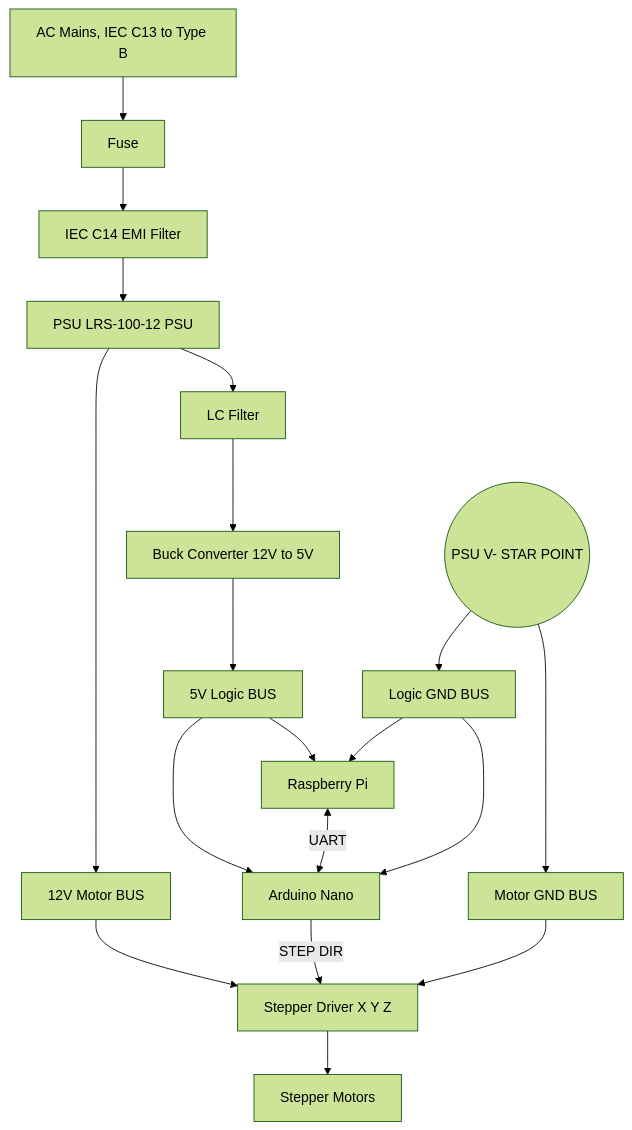
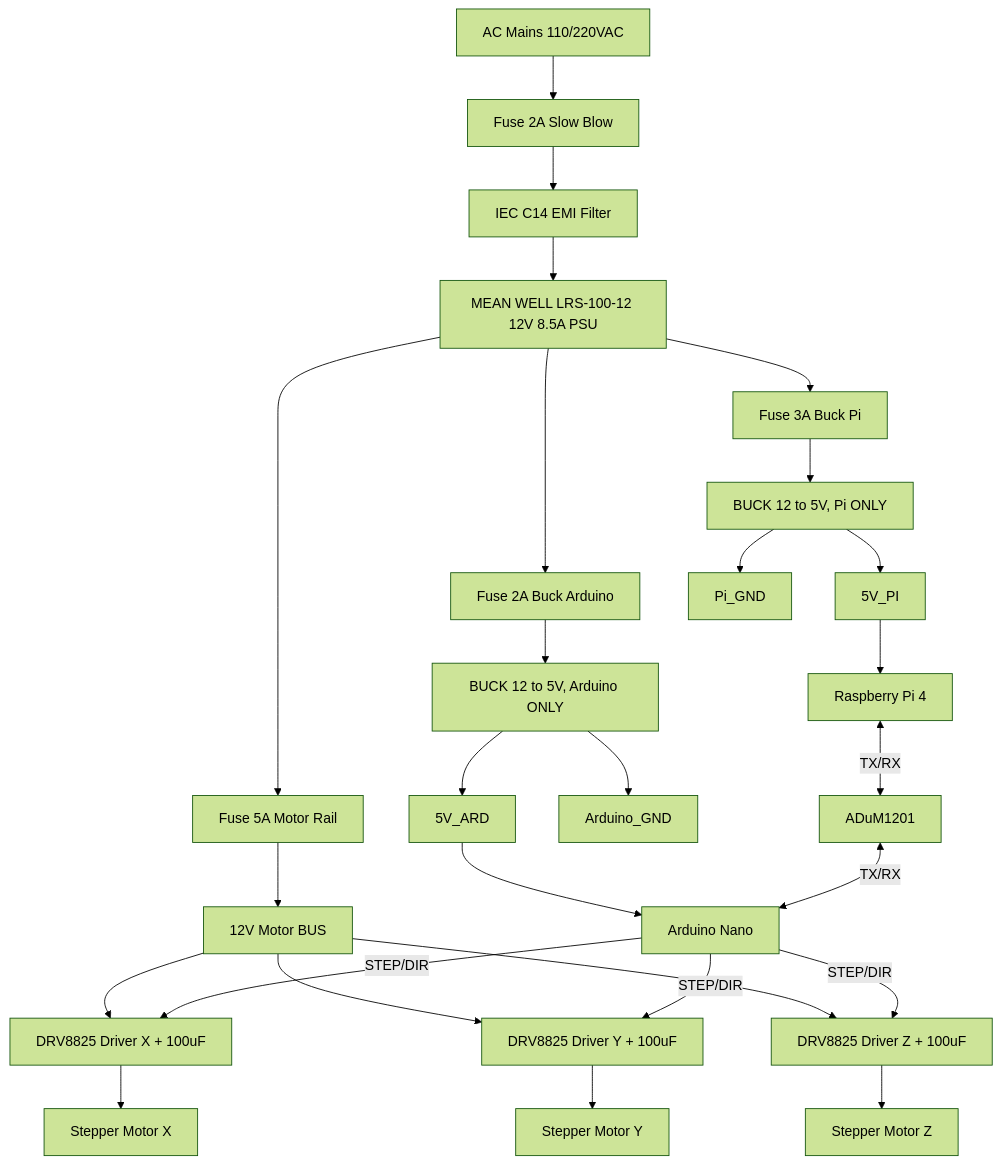
Before and after one commit to AlvinOctaH/automated-incubator-microscope: the diagram in README.md, drawn with Mermaid (forest theme).

````diff
--- a/README.md
+++ b/README.md
@@ -181,31 +181,46 @@
 ```mermaid
 flowchart TD
 
-A[AC Mains, IEC C13 to Type B] --> B[Fuse]
+%% ================= AC FRONT END =================
+A[AC Mains 110/220VAC] --> B[Fuse 2A Slow Blow]
 B --> C[IEC C14 EMI Filter]
-C --> D[PSU LRS-100-12 PSU]
+C --> D[MEAN WELL LRS-100-12 12V 8.5A PSU]
 
-D --> E1[12V Motor BUS]
-D --> E2[LC Filter]
-E2 --> E3[Buck Converter 12V to 5V]
+%% ================= 12V PRIMARY BUS =================
+D --> FS1[Fuse 5A Motor Rail]
+D --> FS2[Fuse 3A Buck Pi]
+D --> FS3[Fuse 2A Buck Arduino]
 
-E1 --> F1[Stepper Driver X Y Z]
-F1 --> M1[Stepper Motors]
+%% ================= MOTOR DOMAIN =================
+FS1 --> M12V[12V Motor BUS]
+M12V --> SD1[DRV8825 Driver X + 100uF]
+M12V --> SD2[DRV8825 Driver Y + 100uF]
+M12V --> SD3[DRV8825 Driver Z + 100uF]
 
-E3 --> F2[5V Logic BUS]
-F2 --> G1[Raspberry Pi]
-F2 --> G2[Arduino Nano]
+SD1 --> SM1[Stepper Motor X]
+SD2 --> SM2[Stepper Motor Y]
+SD3 --> SM3[Stepper Motor Z]
 
-G1 <-->|UART| G2
-G2 -->|STEP DIR| F1
+%% ================= PI DOMAIN =================
+FS2 --> BP[BUCK 12 to 5V, Pi ONLY]
+BP --> PI5V[5V_PI]
+BP --> PIG[Pi_GND]
 
-%% STAR GROUND IMPLEMENTATION
-SG((PSU V- STAR POINT))
+PI5V --> G1[Raspberry Pi 4]
 
-SG --> MGND[Motor GND BUS]
-SG --> LGND[Logic GND BUS]
+%% ================= ARDUINO DOMAIN =================
+FS3 --> BA[BUCK 12 to 5V, Arduino ONLY]
+BA --> AR5V[5V_ARD]
+BA --> ARG[Arduino_GND]
 
-MGND --> F1
-LGND --> G1
-LGND --> G2
+AR5V --> G2[Arduino Nano]
+
+%% ================= UART ISOLATION =================
+G1 <-->|TX/RX| ISO[ADuM1201]
+ISO <-->|TX/RX| G2
+
+%% ================= MOTOR CONTROL =================
+G2 -->|STEP/DIR| SD1
+G2 -->|STEP/DIR| SD2
+G2 -->|STEP/DIR| SD3
 ```
````
